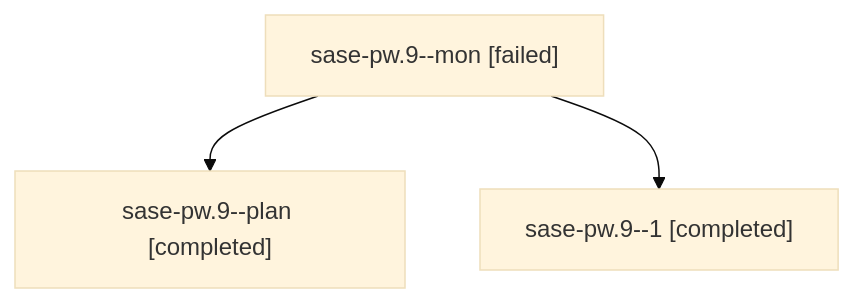
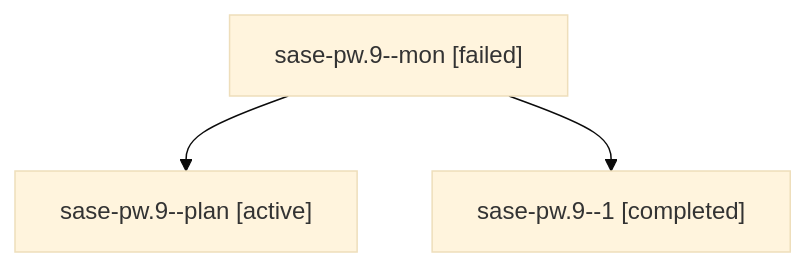
The diagram in families/bbugyi200.athena.sase-pw.9.md (sase-org/sase--agents), drawn with Mermaid (base theme) before and after one commit. The commit also changed other lines of this file and 35830 other files, not shown here.

````diff
--- a/families/bbugyi200.athena.sase-pw.9.md
+++ b/families/bbugyi200.athena.sase-pw.9.md
@@ -9,8 +9,8 @@
 ```mermaid
 flowchart TD
   n0["sase-pw.9--mon [failed]"]
-  n1["sase-pw.9--plan [completed]"]
+  n1["sase-pw.9--plan [active]"]
   n0 --> n1
   n2["sase-pw.9--1 [completed]"]
   n0 --> n2
 ```
````
